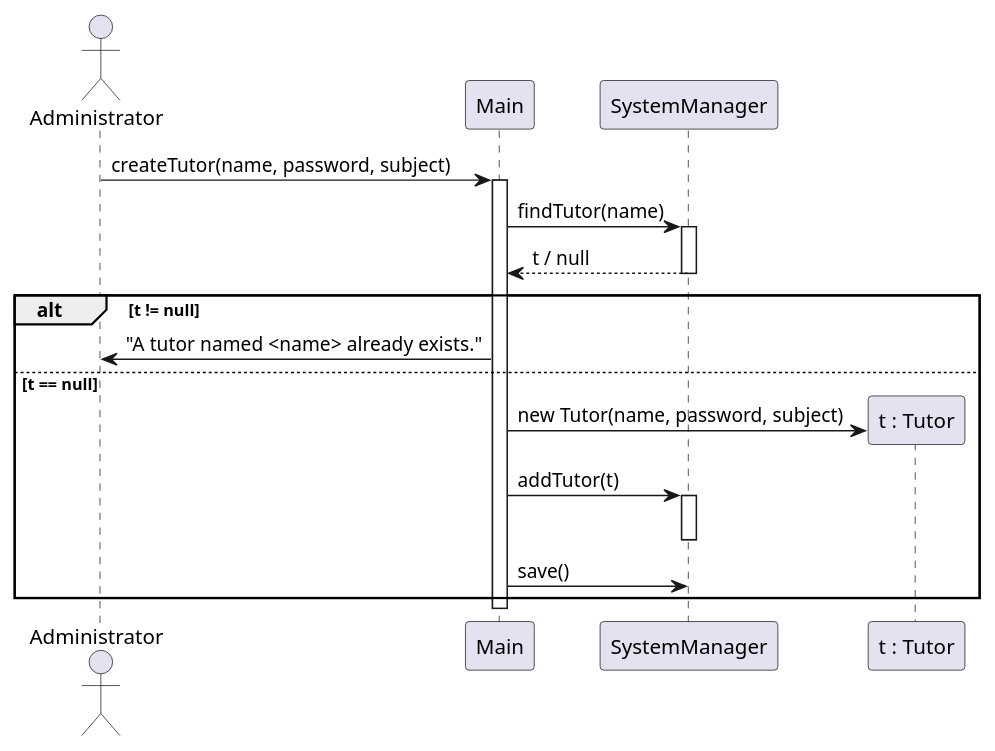
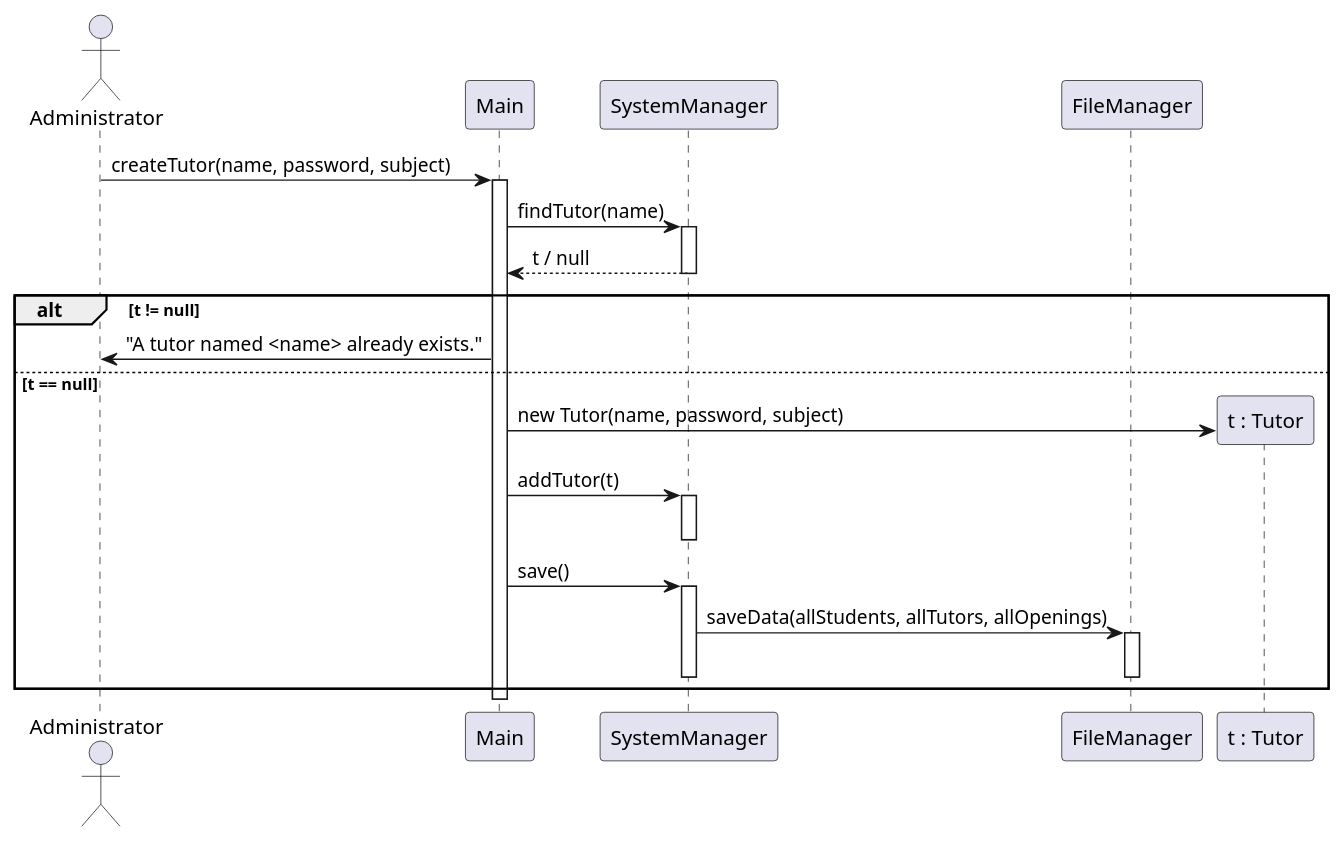
One commit to localhost433/OOPFinalProject changed the diagram in docs/create-tutor-sequence.puml. Above: the diagram before and after it, drawn with PlantUML.

Commit message:
saveData
Added FileManager participant to the sequence diagram for tutor creation.

```diff
--- a/docs/create-tutor-sequence.puml
+++ b/docs/create-tutor-sequence.puml
@@ -1,32 +1,39 @@
 @startuml create-tutor-sequence
 ' Sequence diagram — Administrator adds a tutor (Main.createTutor)
 
 actor Administrator as administrator
 
 participant "Main" as main
 participant "SystemManager" as sys
+participant "FileManager" as file
 participant "t : Tutor" as tObj
 
 administrator -> main : createTutor(name, password, subject)
 activate main
 
 main -> sys : findTutor(name)
 activate sys
 sys --> main : t / null
 deactivate sys
 
 alt t != null
     main -> administrator : "A tutor named <name> already exists."
 else t == null
     main -> tObj ** : new Tutor(name, password, subject)
 
     main -> sys : addTutor(t)
     activate sys
     deactivate sys
 
     main -> sys : save()
+
+    activate sys
+    sys -> file : saveData(allStudents, allTutors, allOpenings)
+    activate file
+    deactivate file
+    deactivate sys
 end
 
 deactivate main
 
 @enduml
```
